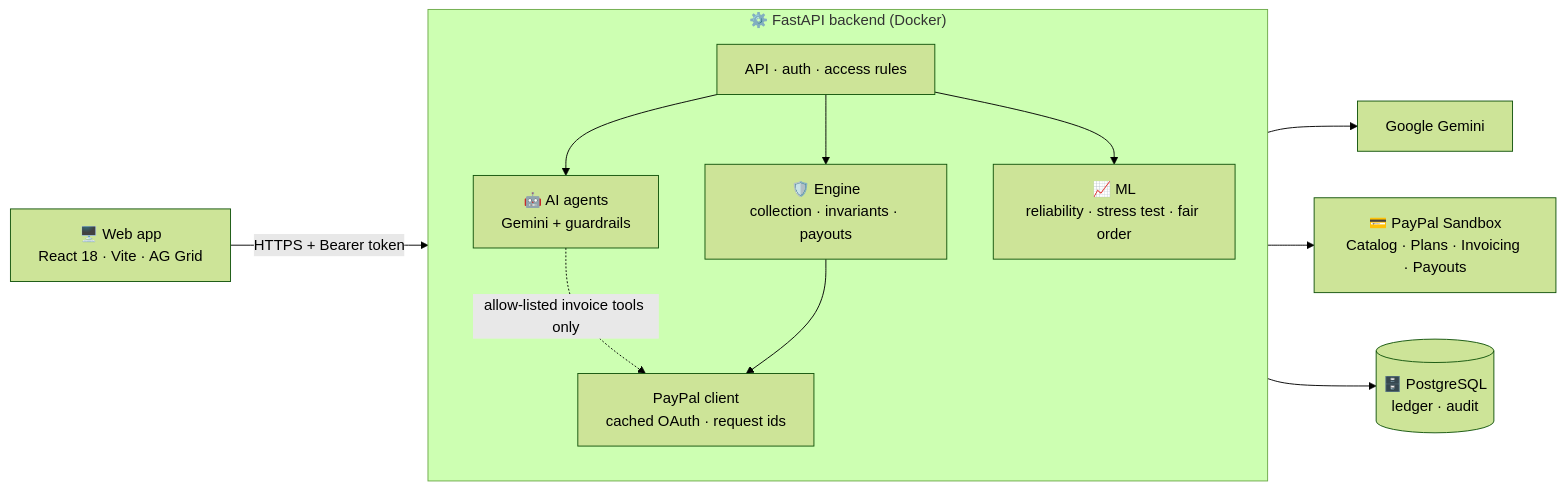
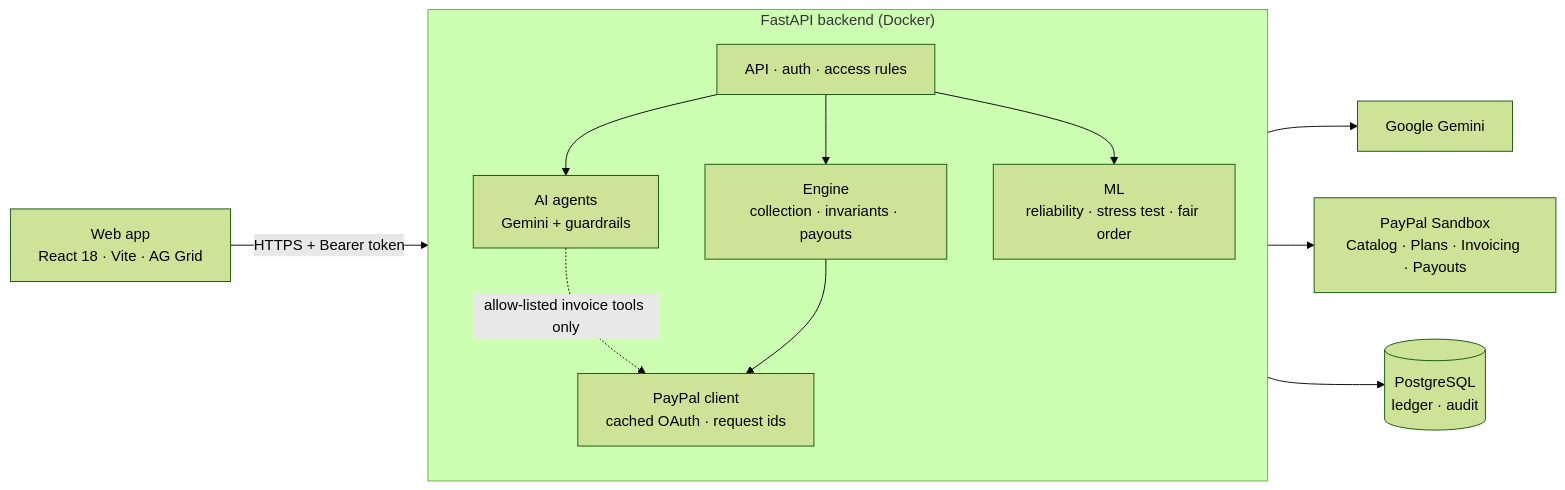
One commit to ahmed-paypal-hackathon-2026/Gameya changed the second of 2 diagrams in README.md. Above: the diagram before and after it, drawn with Mermaid (forest theme). The commit also changed other lines of this file, not shown here.

````diff
--- a/README.md
+++ b/README.md
@@ -180,25 +180,25 @@
 ```mermaid
 flowchart LR
-    web["🖥️ Web app<br/>React 18 · Vite · AG Grid"]
-    subgraph api["⚙️ FastAPI backend (Docker)"]
+    web["Web app<br/>React 18 · Vite · AG Grid"]
+    subgraph api["FastAPI backend (Docker)"]
         direction TB
         routes["API · auth · access rules"]
-        agents["🤖 AI agents<br/>Gemini + guardrails"]
-        engine["🛡️ Engine<br/>collection · invariants · payouts"]
-        ml["📈 ML<br/>reliability · stress test · fair order"]
+        agents["AI agents<br/>Gemini + guardrails"]
+        engine["Engine<br/>collection · invariants · payouts"]
+        ml["ML<br/>reliability · stress test · fair order"]
         pp["PayPal client<br/>cached OAuth · request ids"]
     end
-    db[("🗄️ PostgreSQL<br/>ledger · audit")]
+    db[("PostgreSQL<br/>ledger · audit")]
     gemini["Google Gemini"]
-    paypal["💳 PayPal Sandbox<br/>Catalog · Plans · Invoicing · Payouts"]
+    paypal["PayPal Sandbox<br/>Catalog · Plans · Invoicing · Payouts"]
 
     web -- HTTPS + Bearer token --> routes
     routes --> agents
     routes --> engine
     routes --> ml
     agents --> gemini
     agents -. allow-listed invoice tools only .-> pp
     engine --> pp
     pp --> paypal
     api --> db
 ```
````
